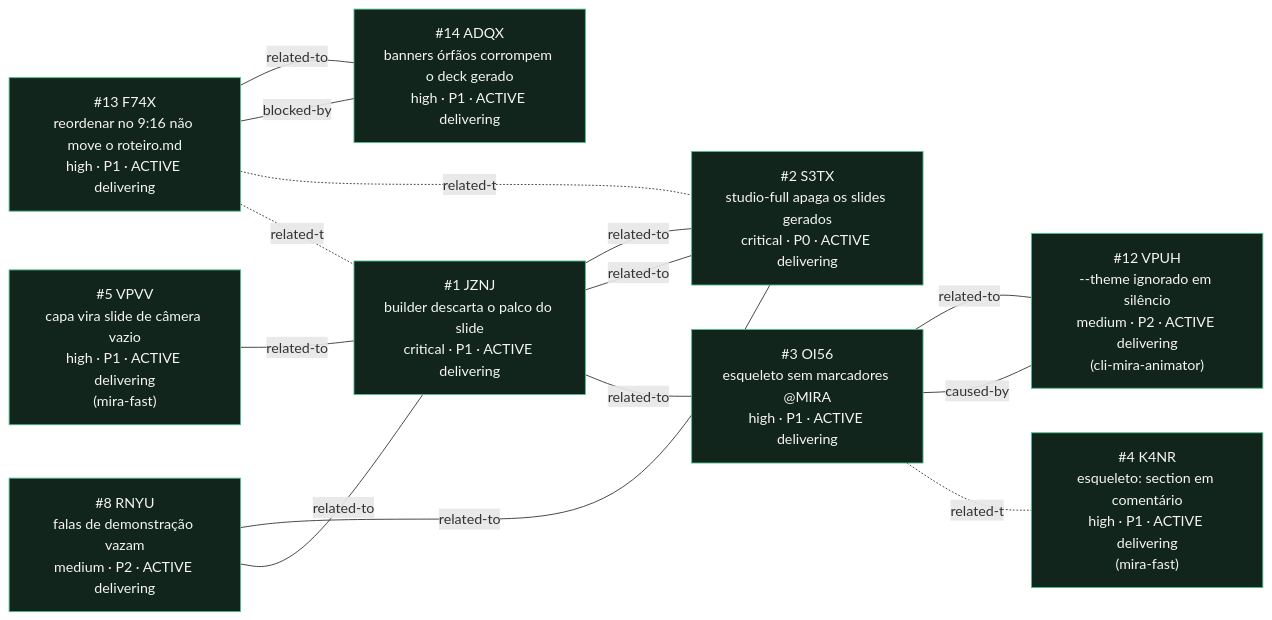
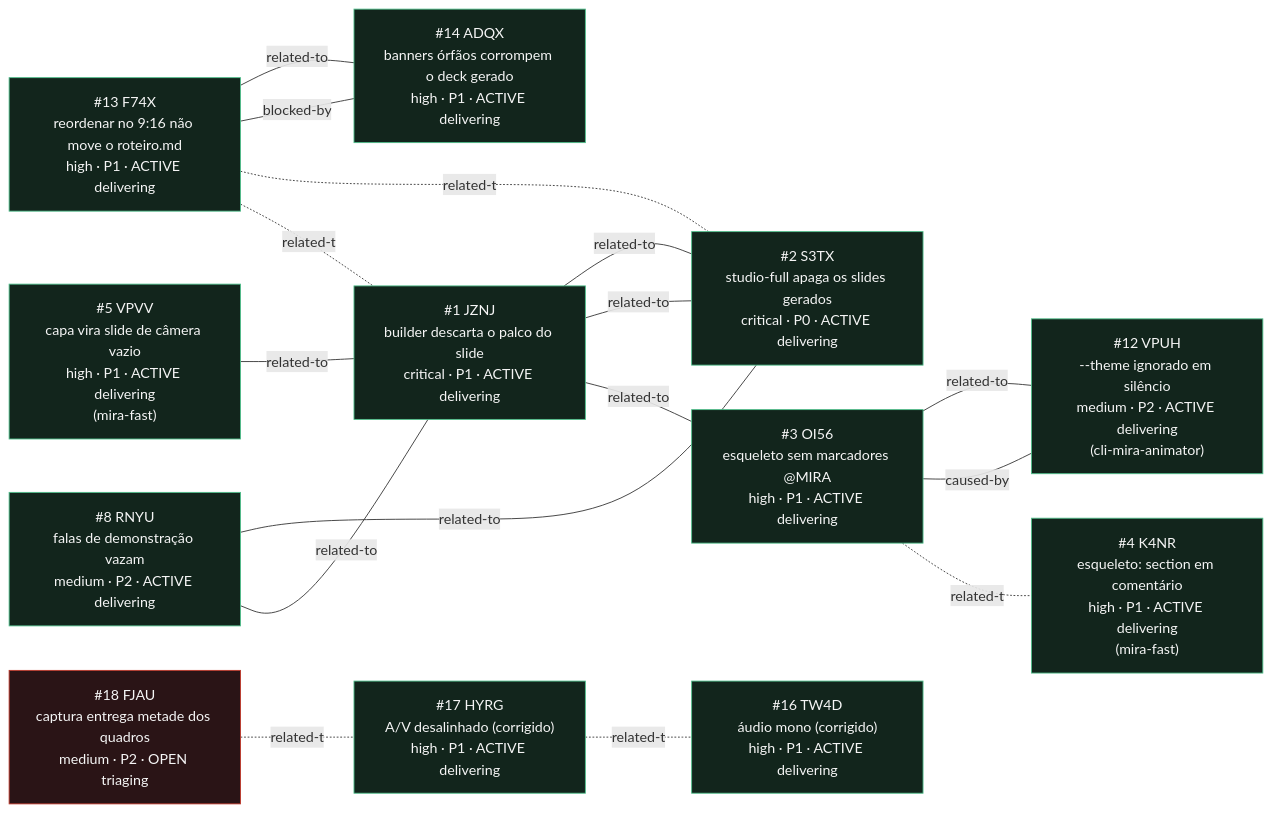
One commit to sandeco/mira-animator changed the diagram in _reversa_bugs/templates-studio/generated/graph.md. Above: the diagram before and after it, drawn with Mermaid. The commit also changed other lines of this file and 39 other files, not shown here.

````diff
--- a/_reversa_bugs/templates-studio/generated/graph.md
+++ b/_reversa_bugs/templates-studio/generated/graph.md
@@ -7,40 +7,48 @@
 ```mermaid
 graph LR
   JZNJ["#1 JZNJ<br/>builder descarta o palco do slide<br/>critical · P1 · ACTIVE delivering"]
   S3TX["#2 S3TX<br/>studio-full apaga os slides gerados<br/>critical · P0 · ACTIVE delivering"]
   OI56["#3 OI56<br/>esqueleto sem marcadores @MIRA<br/>high · P1 · ACTIVE delivering"]
   F74X["#13 F74X<br/>reordenar no 9:16 não move o roteiro.md<br/>high · P1 · ACTIVE delivering"]
   ADQX["#14 ADQX<br/>banners órfãos corrompem o deck gerado<br/>high · P1 · ACTIVE delivering"]
   RNYU["#8 RNYU<br/>falas de demonstração vazam<br/>medium · P2 · ACTIVE delivering"]
+  TW4D["#16 TW4D<br/>áudio mono (corrigido)<br/>high · P1 · ACTIVE delivering"]
+  FJAU["#18 FJAU<br/>captura entrega metade dos quadros<br/>medium · P2 · OPEN triaging"]
+  HYRG["#17 HYRG<br/>A/V desalinhado (corrigido)<br/>high · P1 · ACTIVE delivering"]
   K4NR["#4 K4NR<br/>esqueleto: section em comentário<br/>high · P1 · ACTIVE delivering<br/>(mira-fast)"]
   VPUH["#12 VPUH<br/>--theme ignorado em silêncio<br/>medium · P2 · ACTIVE delivering<br/>(cli-mira-animator)"]
   VPVV["#5 VPVV<br/>capa vira slide de câmera vazio<br/>high · P1 · ACTIVE delivering<br/>(mira-fast)"]
 
   JZNJ ---|related-to| OI56
   JZNJ ---|related-to| S3TX
   S3TX ---|related-to| JZNJ
   OI56 -.related-to.- K4NR
   OI56 ---|caused-by| VPUH
   RNYU ---|related-to| JZNJ
   RNYU ---|related-to| S3TX
   F74X -.related-to.- JZNJ
   F74X -.related-to.- S3TX
   F74X ---|blocked-by| ADQX
   ADQX ---|related-to| F74X
+  HYRG -.related-to.- TW4D
+  FJAU -.related-to.- HYRG
   VPVV ---|related-to| JZNJ
   VPUH ---|related-to| OI56
 
   classDef critico fill:#2a1014,stroke:#e05260,color:#f5f5f5
   classDef aberto fill:#2a1416,stroke:#c0392b,color:#f5f5f5
   classDef medio fill:#2a2413,stroke:#c8a02c,color:#f5f5f5
   classDef entregando fill:#12251c,stroke:#4fbf8b,color:#f5f5f5
   class JZNJ entregando
   class S3TX entregando
   class OI56 entregando
   class RNYU entregando
   class F74X entregando
   class ADQX entregando
+  class TW4D entregando
+  class HYRG entregando
+  class FJAU aberto
   class K4NR entregando
   class VPUH entregando
   class VPVV entregando
 ```
````
